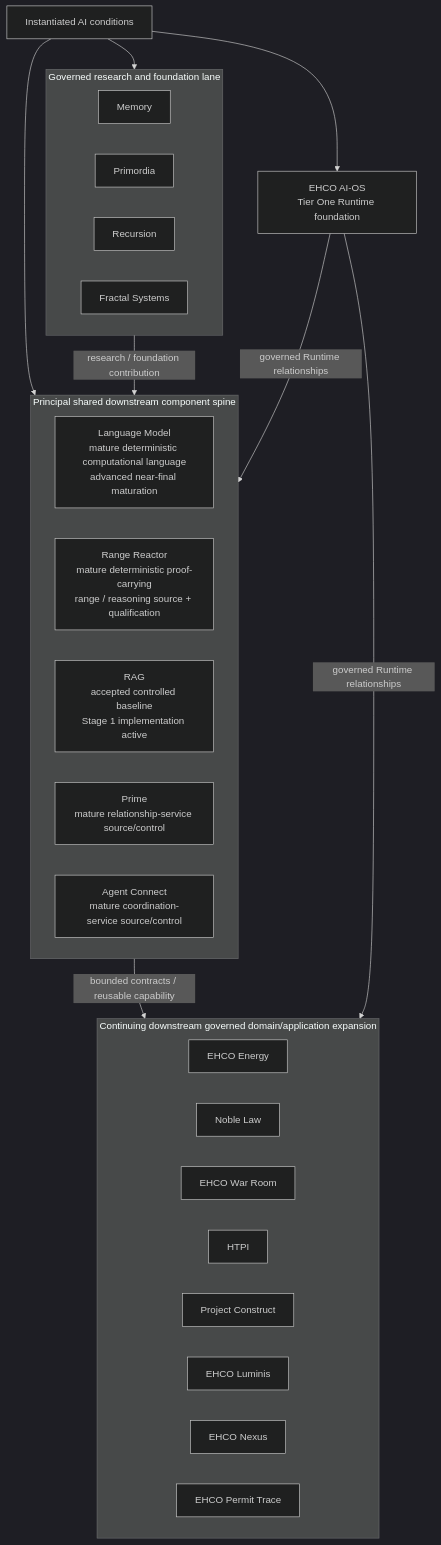
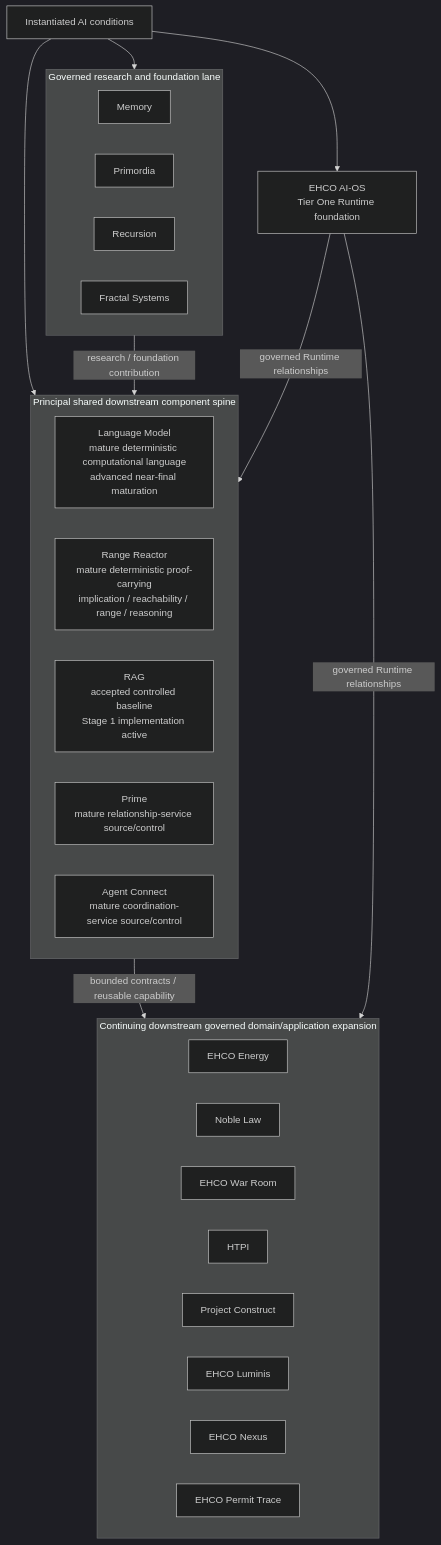
The third of 4 diagrams in architecture/diagrams/README.md (EHCOnomics-Systems/EHCOsystem), drawn with Mermaid (dark theme) before and after one commit. The commit also changed other lines of this file, not shown here.

Commit message:
Clarify Range Reactor maturity status language

````diff
--- a/architecture/diagrams/README.md
+++ b/architecture/diagrams/README.md
@@ -67,39 +67,39 @@
 ```mermaid
 flowchart TD
     CAT[Instantiated AI conditions]
     RT[EHCO AI-OS<br/>Tier One Runtime foundation]
 
     subgraph Spine[Principal shared downstream component spine]
         LM[Language Model<br/>mature deterministic computational language<br/>advanced near-final maturation]
-        RR[Range Reactor<br/>mature deterministic proof-carrying<br/>range / reasoning source + qualification]
+        RR[Range Reactor<br/>mature deterministic proof-carrying<br/>implication / reachability / range / reasoning]
         RAG[RAG<br/>accepted controlled baseline<br/>Stage 1 implementation active]
         PRIME[Prime<br/>mature relationship-service source/control]
         AC[Agent Connect<br/>mature coordination-service source/control]
     end
 
     subgraph Research[Governed research and foundation lane]
         MEM[Memory]
         PRIM[Primordia]
         REC[Recursion]
         FRA[Fractal Systems]
     end
 
     subgraph Apps[Continuing downstream governed domain/application expansion]
         EN[EHCO Energy]
         NL[Noble Law]
         WR[EHCO War Room]
         H[HTPI]
         PC[Project Construct]
         LU[EHCO Luminis]
         N[EHCO Nexus]
         PT[EHCO Permit Trace]
     end
 
     CAT --> RT
     CAT --> Spine
     CAT --> Research
     Spine -->|bounded contracts / reusable capability| Apps
     Research -->|research / foundation contribution| Spine
     RT -->|governed Runtime relationships| Spine
     RT -->|governed Runtime relationships| Apps
 ```
````
